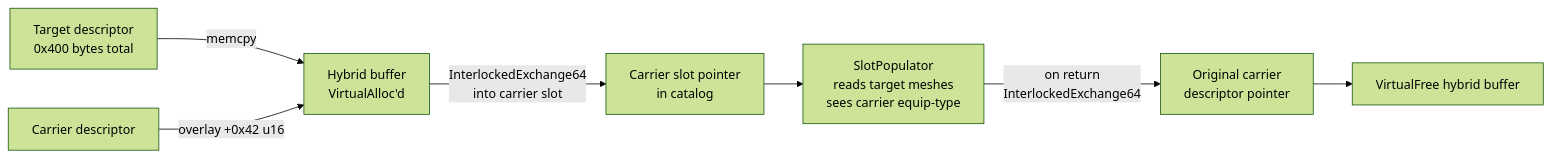
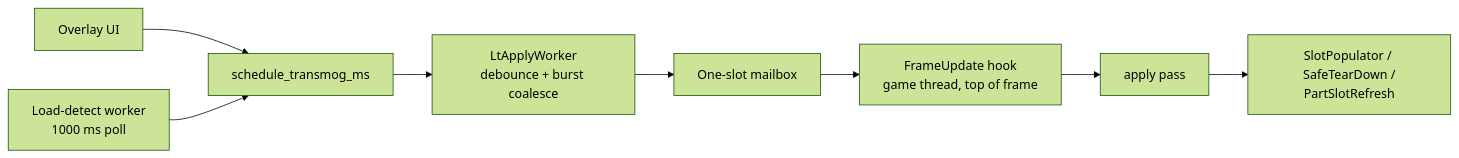
One commit to tkhquang/CrimsonDesertTools changed the first of 2 diagrams in docs/research/live-transmog-architecture.md. Above: the diagram before and after it, drawn with Mermaid (forest theme). The commit also changed other lines of this file and 3 other files, not shown here.

````diff
--- a/docs/research/live-transmog-architecture.md
+++ b/docs/research/live-transmog-architecture.md
@@ -201,9 +52,10 @@
 ```mermaid
 flowchart LR
-    T[Target descriptor<br/>0x400 bytes total] -->|memcpy| H[Hybrid buffer<br/>VirtualAlloc'd]
-    C[Carrier descriptor] -->|overlay +0x42 u16| H
-    H -->|InterlockedExchange64<br/>into carrier slot| Slot[Carrier slot pointer<br/>in catalog]
-    Slot --> SP[SlotPopulator<br/>reads target meshes<br/>sees carrier equip-type]
-    SP -->|on return<br/>InterlockedExchange64| Restore[Original carrier<br/>descriptor pointer]
-    Restore --> Free[VirtualFree hybrid buffer]
+    UI[Overlay UI] --> SCH[schedule_transmog_ms]
+    LD[Load-detect worker<br/>1000 ms poll] --> SCH
+    SCH --> W[LtApplyWorker<br/>debounce + burst coalesce]
+    W --> MB[One-slot mailbox]
+    MB --> FU[FrameUpdate hook<br/>game thread, top of frame]
+    FU --> AP[apply pass]
+    AP --> ENG[SlotPopulator / SafeTearDown /<br/>PartSlotRefresh]
 ```
````
